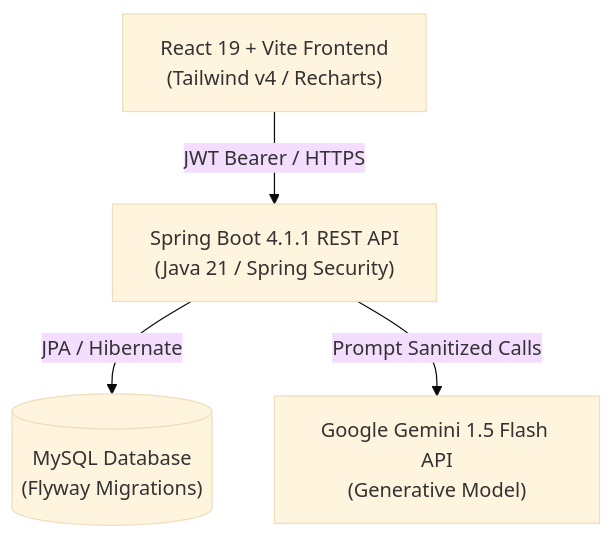
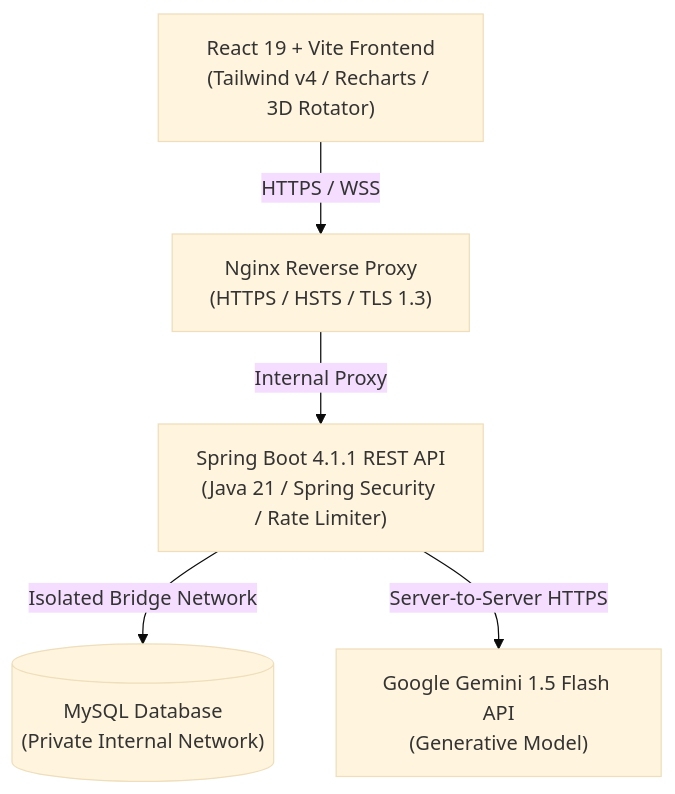
Before and after one commit to aaryanman29-beep/IntervAI: the diagram in README.md, drawn with Mermaid (base theme). The commit also changed other lines of this file, not shown here.

Commit message:
docs: update README with 9-pillar security architecture, visual animations, and private network topology

````diff
--- a/README.md
+++ b/README.md
@@ -68,11 +83,13 @@
 ```mermaid
 graph TD
-    Client["React 19 + Vite Frontend<br/>(Tailwind v4 / Recharts)"]
-    API["Spring Boot 4.1.1 REST API<br/>(Java 21 / Spring Security)"]
-    DB[("MySQL Database<br/>(Flyway Migrations)")]
+    Client["React 19 + Vite Frontend<br/>(Tailwind v4 / Recharts / 3D Rotator)"]
+    Proxy["Nginx Reverse Proxy<br/>(HTTPS / HSTS / TLS 1.3)"]
+    API["Spring Boot 4.1.1 REST API<br/>(Java 21 / Spring Security / Rate Limiter)"]
+    DB[("MySQL Database<br/>(Private Internal Network)")]
     AI["Google Gemini 1.5 Flash API<br/>(Generative Model)"]
     
-    Client -->|JWT Bearer / HTTPS| API
-    API -->|JPA / Hibernate| DB
-    API -->|Prompt Sanitized Calls| AI
+    Client -->|HTTPS / WSS| Proxy
+    Proxy -->|Internal Proxy| API
+    API -->|Isolated Bridge Network| DB
+    API -->|Server-to-Server HTTPS| AI
 ```
````
